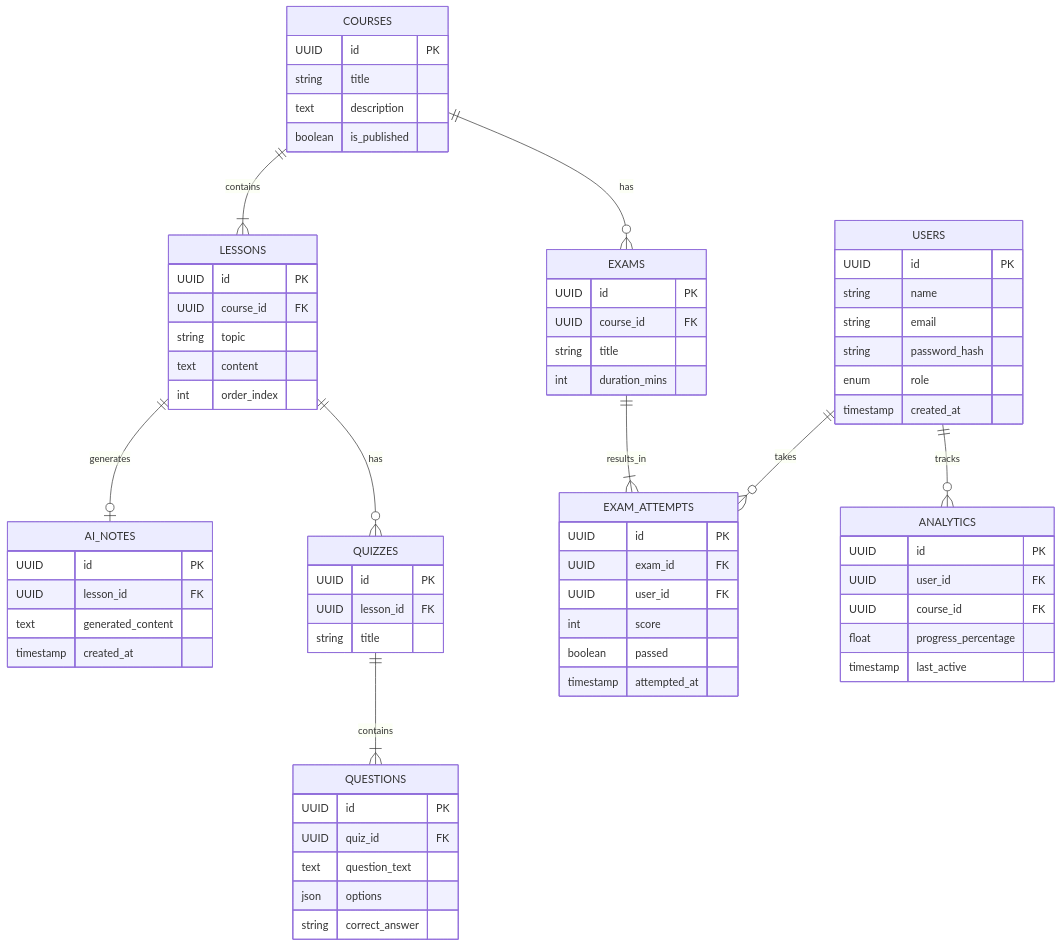
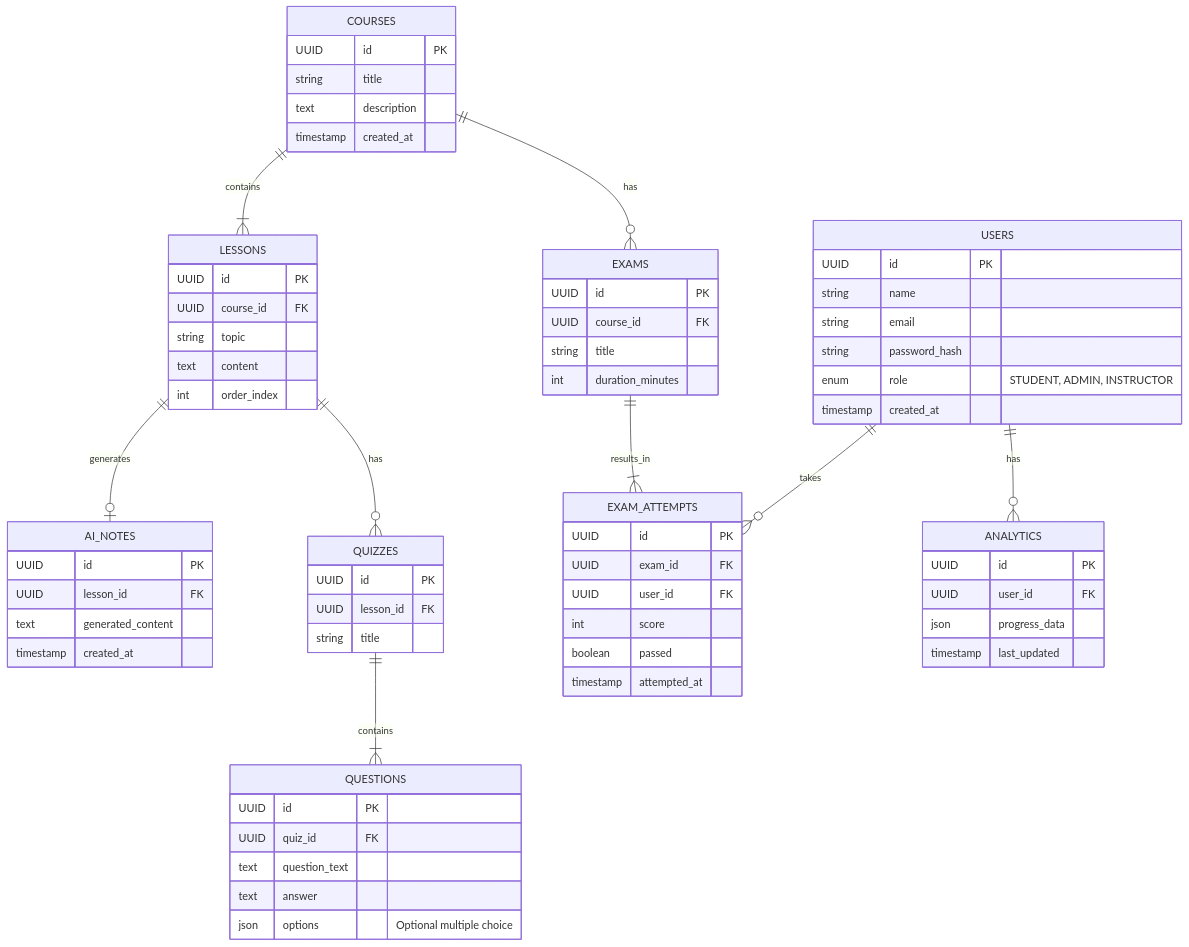
Before and after one commit to suvendukungfu/ai-education-platform: the diagram in docs/04_ER_Database_Model.md, drawn with Mermaid. The commit also changed other lines of this file, not shown here.

Commit message:
Refine ER Diagram based on user feedback

````diff
--- a/docs/04_ER_Database_Model.md
+++ b/docs/04_ER_Database_Model.md
@@ -19,19 +17,21 @@
 ```mermaid
 erDiagram
+    %% User Management
     USERS {
         UUID id PK
         string name
         string email
         string password_hash
-        enum role
+        enum role "STUDENT, ADMIN, INSTRUCTOR"
         timestamp created_at
     }
 
+    %% Course Management
     COURSES {
         UUID id PK
         string title
         text description
-        boolean is_published
+        timestamp created_at
     }
 
     LESSONS {
@@ -49,6 +49,7 @@
         timestamp created_at
     }
 
+    %% Assessments
     QUIZZES {
         UUID id PK
         UUID lesson_id FK
@@ -59,15 +60,15 @@
         UUID id PK
         UUID quiz_id FK
         text question_text
-        json options
-        string correct_answer
+        text answer
+        json options "Optional multiple choice"
     }
 
     EXAMS {
         UUID id PK
         UUID course_id FK
         string title
-        int duration_mins
+        int duration_minutes
     }
 
     EXAM_ATTEMPTS {
@@ -79,20 +80,25 @@
         timestamp attempted_at
     }
 
+    %% Analytics
     ANALYTICS {
         UUID id PK
         UUID user_id FK
-        UUID course_id FK
-        float progress_percentage
-        timestamp last_active
+        json progress_data
+        timestamp last_updated
     }
 
+    %% Relationships
     USERS ||--o{ EXAM_ATTEMPTS : takes
-    USERS ||--o{ ANALYTICS : tracks
+    USERS ||--o{ ANALYTICS : has
+
     COURSES ||--|{ LESSONS : contains
     COURSES ||--o{ EXAMS : has
+
+    LESSONS ||--o{ QUIZZES : has
     LESSONS ||--o| AI_NOTES : generates
-    LESSONS ||--o{ QUIZZES : has
+
     QUIZZES ||--|{ QUESTIONS : contains
+
     EXAMS ||--|{ EXAM_ATTEMPTS : results_in
 ```
````
